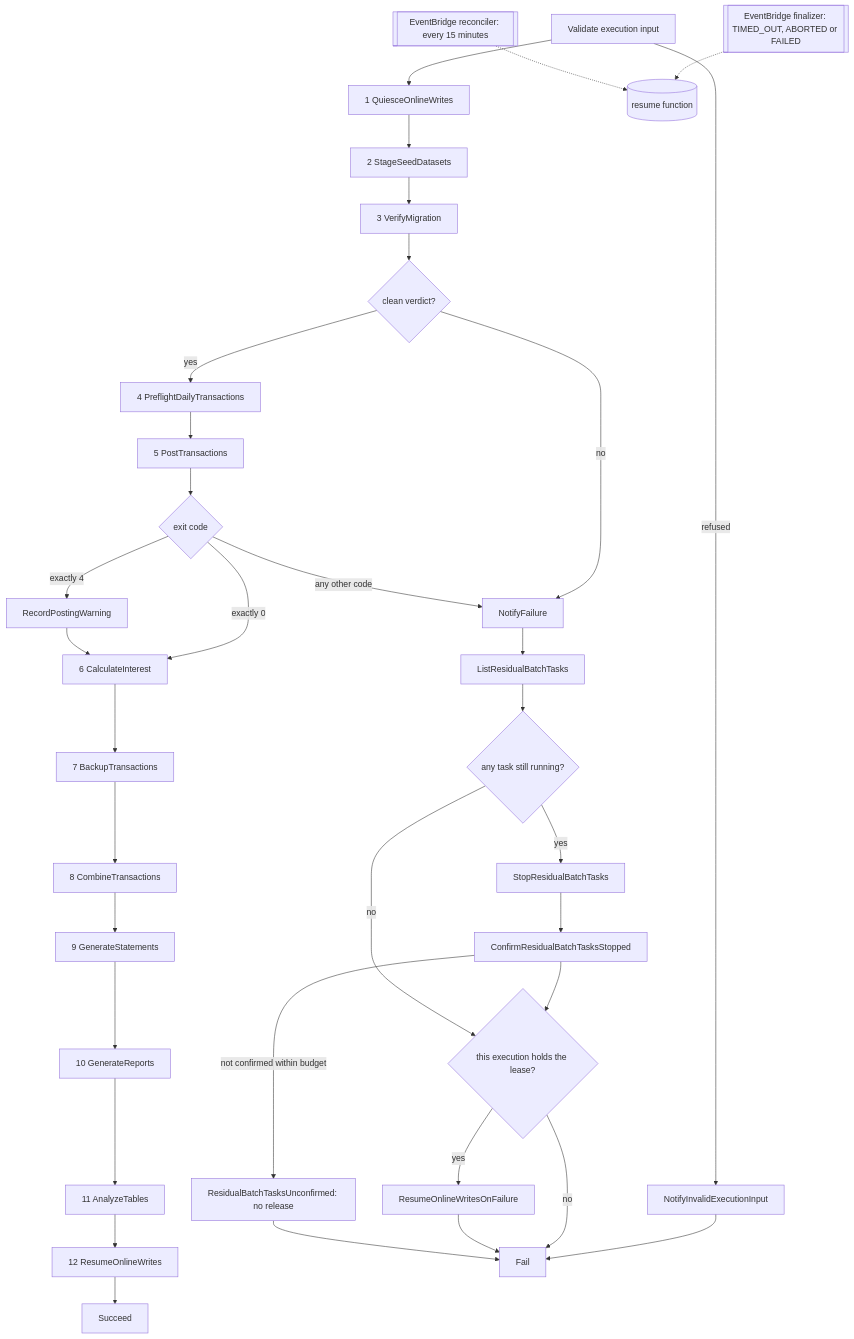
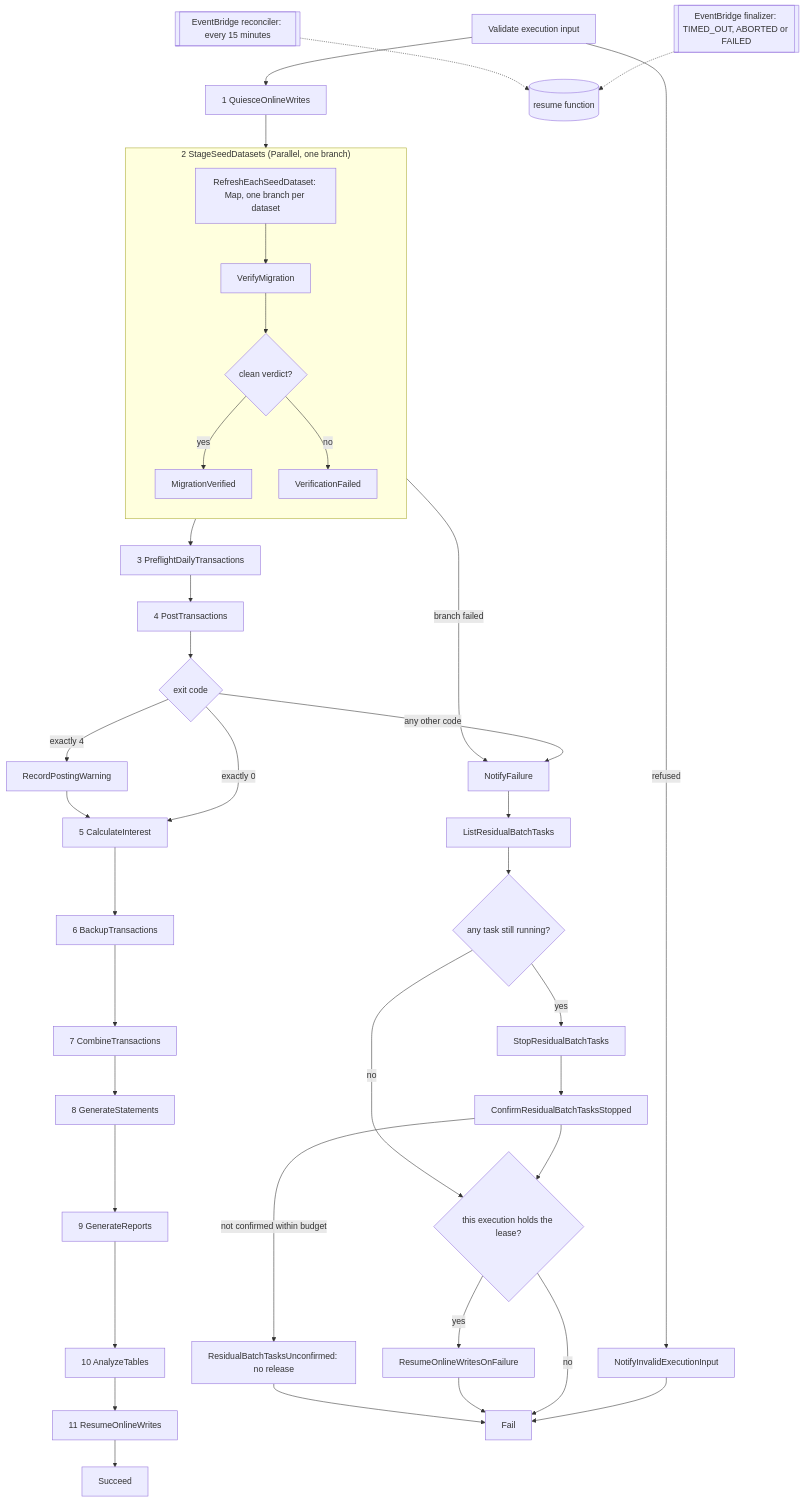
The diagram in infra/modules/step-functions-batch/README.md (Blitzy-LocalStack/aws-mainframe-modernization-carddemo), drawn with Mermaid before and after one commit. The commit also changed other lines of this file and 544 other files, not shown here.

````diff
--- a/infra/modules/step-functions-batch/README.md
+++ b/infra/modules/step-functions-batch/README.md
@@ -168,37 +201,42 @@
 ```mermaid
 flowchart TD
     V[Validate execution input] --> Q[1 QuiesceOnlineWrites]
-    Q --> S[2 StageSeedDatasets]
-    S --> VM[3 VerifyMigration]
-    VM --> VC{clean verdict?}
-    VC -->|no| N[NotifyFailure]
-    VC -->|yes| P[4 PreflightDailyTransactions]
-    P --> T[5 PostTransactions]
+    Q --> S
+    subgraph S["2 StageSeedDatasets (Parallel, one branch)"]
+        direction TB
+        MAP[RefreshEachSeedDataset: Map, one branch per dataset] --> VM[VerifyMigration]
+        VM --> VC{clean verdict?}
+        VC -->|yes| MV[MigrationVerified]
+        VC -->|no| VF[VerificationFailed]
+    end
+    S -->|branch failed| N[NotifyFailure]
+    S --> P[3 PreflightDailyTransactions]
+    P --> T[4 PostTransactions]
     T --> C{exit code}
-    C -->|exactly 0| I[6 CalculateInterest]
+    C -->|exactly 0| I[5 CalculateInterest]
     C -->|exactly 4| W[RecordPostingWarning]
     W --> I
     C -->|any other code| N
-    I --> B[7 BackupTransactions]
-    B --> M[8 CombineTransactions]
-    M --> ST[9 GenerateStatements]
-    ST --> R[10 GenerateReports]
-    R --> A[11 AnalyzeTables]
-    A --> O[12 ResumeOnlineWrites]
+    I --> B[6 BackupTransactions]
+    B --> M[7 CombineTransactions]
+    M --> ST[8 GenerateStatements]
+    ST --> R[9 GenerateReports]
+    R --> A[10 AnalyzeTables]
+    A --> O[11 ResumeOnlineWrites]
     O --> OK[Succeed]
     V -->|refused| NI[NotifyInvalidExecutionInput]
     NI --> F[Fail]
     N --> LT[ListResidualBatchTasks]
     LT --> CT{any task still running?}
     CT -->|yes| SP[StopResidualBatchTasks]
     SP --> CF[ConfirmResidualBatchTasksStopped]
     CF --> G{this execution holds the lease?}
     CT -->|no| G
     CF -->|not confirmed within budget| U[ResidualBatchTasksUnconfirmed: no release]
     G -->|yes| RF[ResumeOnlineWritesOnFailure]
     G -->|no| F
     RF --> F
     U --> F
     X[[EventBridge finalizer: TIMED_OUT, ABORTED or FAILED]] -.-> RES[(resume function)]
     Y[[EventBridge reconciler: every 15 minutes]] -.-> RES
 ```
````
